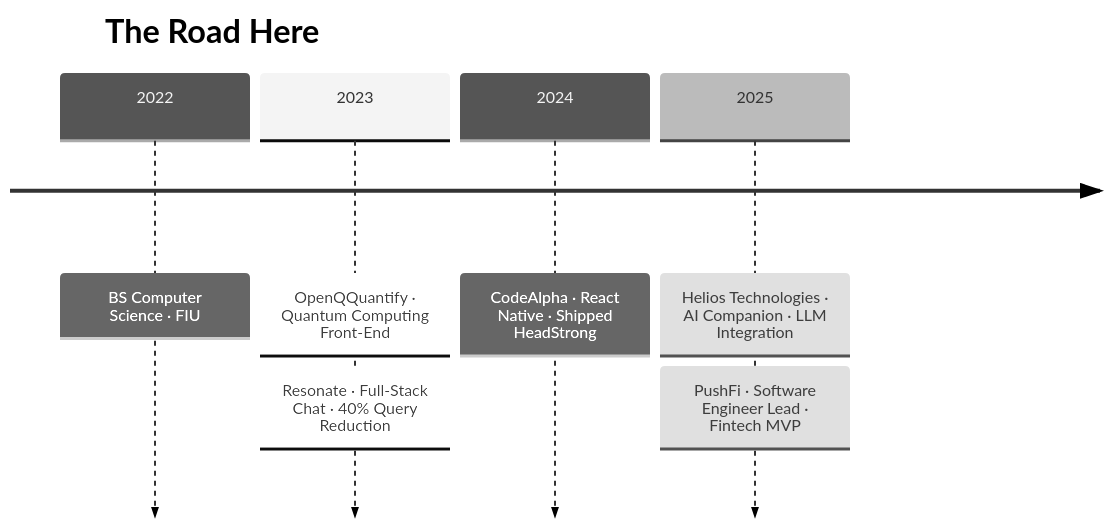
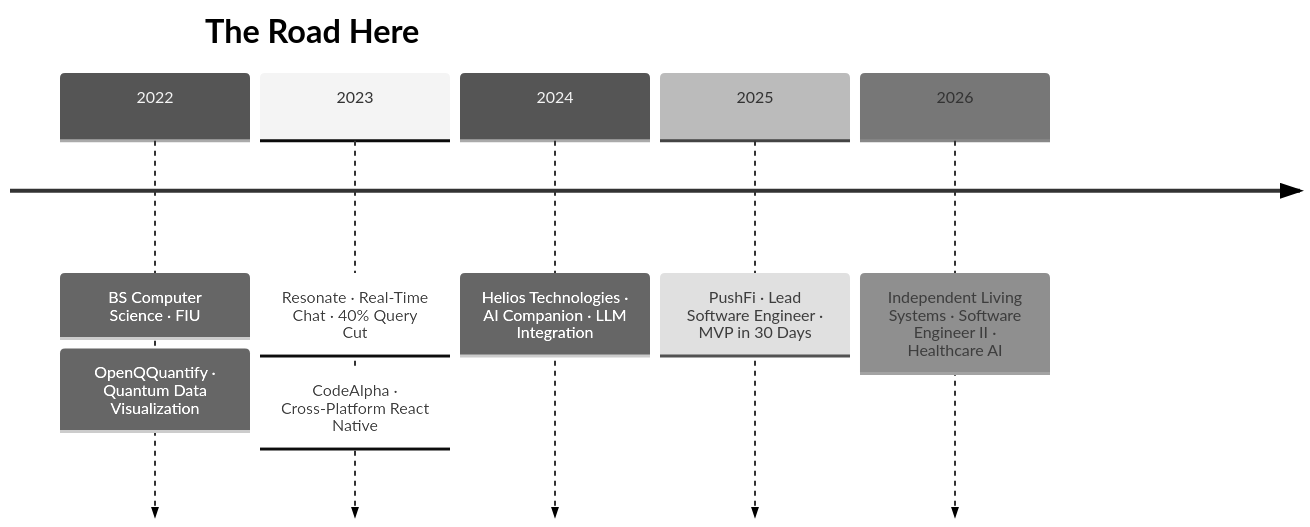
One commit to EJacoby515/EJacoby515 changed the diagram in README.md. Above: the diagram before and after it, drawn with Mermaid (neutral theme). The commit also changed other lines of this file, not shown here.

````diff
--- a/README.md
+++ b/README.md
@@ -186,10 +198,11 @@
 ```mermaid
 timeline
     title The Road Here
     2022 : BS Computer Science · FIU
-    2023 : OpenQQuantify · Quantum Computing Front-End
-         : Resonate · Full-Stack Chat · 40% Query Reduction
-    2024 : CodeAlpha · React Native · Shipped HeadStrong
-    2025 : Helios Technologies · AI Companion · LLM Integration
-         : PushFi · Software Engineer Lead · Fintech MVP
+         : OpenQQuantify · Quantum Data Visualization
+    2023 : Resonate · Real-Time Chat · 40% Query Cut
+         : CodeAlpha · Cross-Platform React Native
+    2024 : Helios Technologies · AI Companion · LLM Integration
+    2025 : PushFi · Lead Software Engineer · MVP in 30 Days
+    2026 : Independent Living Systems · Software Engineer II · Healthcare AI
 ```
````
